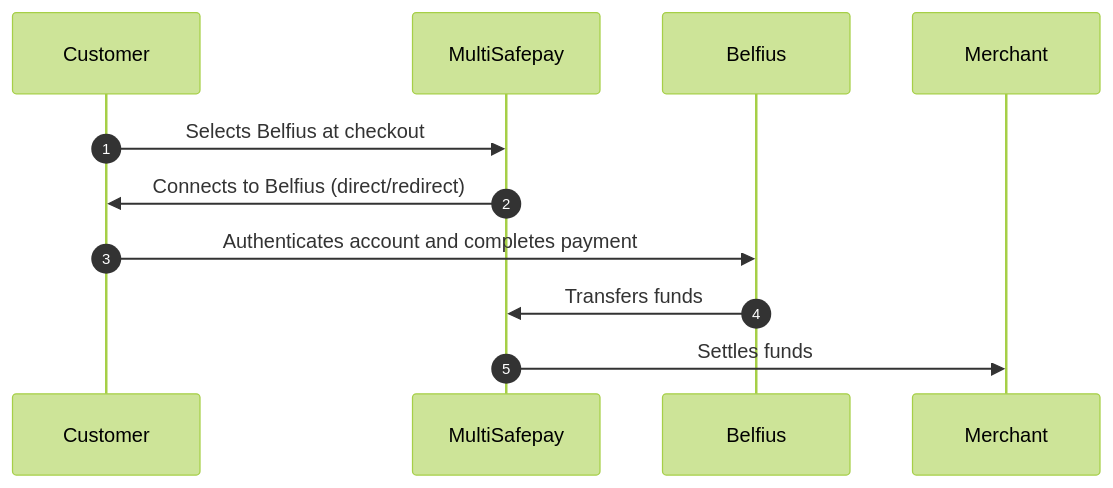
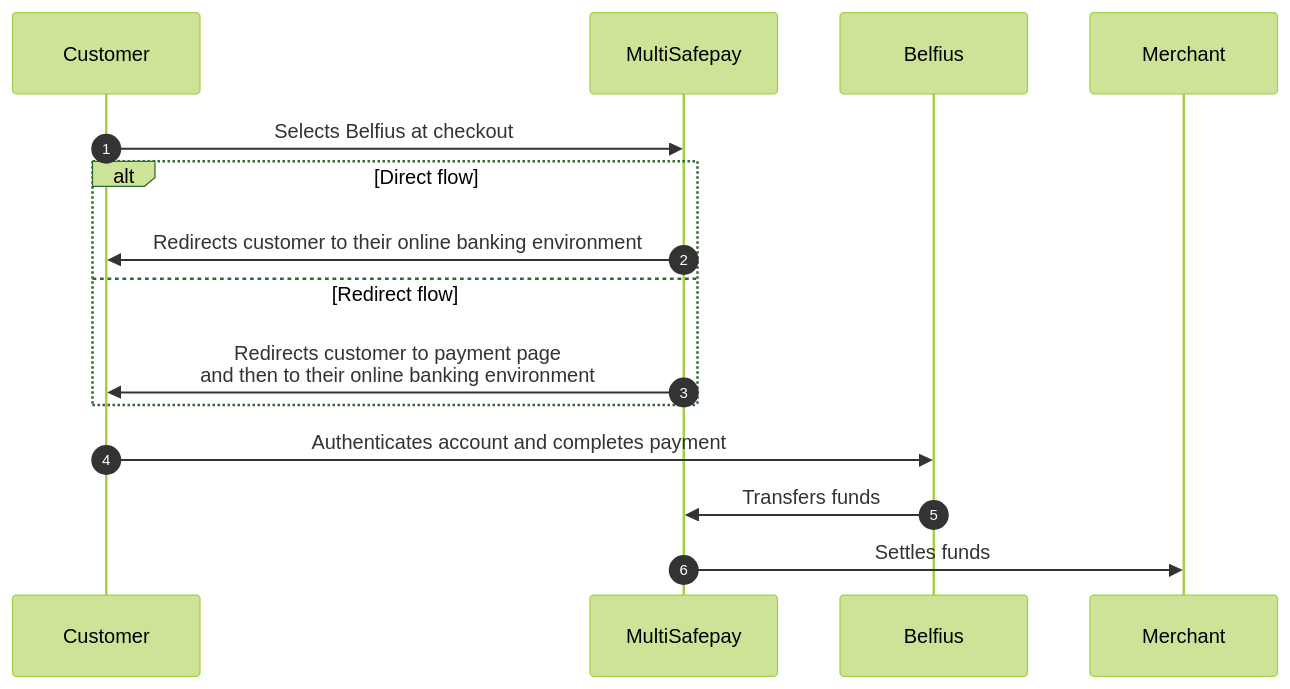
The diagram in content/payments/methods/banks/belfius/payment-flow.md (MultiSafepay/docs), drawn with Mermaid (forest theme) before and after one commit. The commit also changed other lines of this file and 20 other files, not shown here.

```diff
--- a/content/payments/methods/banks/belfius/payment-flow.md
+++ b/content/payments/methods/banks/belfius/payment-flow.md
@@ -16,16 +16,20 @@
 {{< mermaid class="text-center" >}}
 
 sequenceDiagram
     autonumber
     participant C as Customer
     participant Mu as MultiSafepay
     participant B as Belfius
     participant Me as Merchant
 
     C->>Mu: Selects Belfius at checkout
-    Mu->>C: Connects to Belfius (direct/redirect)
+    alt Direct flow
+    Mu->>C: Redirects customer to their online banking environment
+    else Redirect flow
+    Mu->>C: Redirects customer to payment page <br> and then to their online banking environment
+    end
     C->>B: Authenticates account and completes payment
     B->>Mu: Transfers funds 
     Mu->>Me: Settles funds
 
 {{< /mermaid >}}
```
